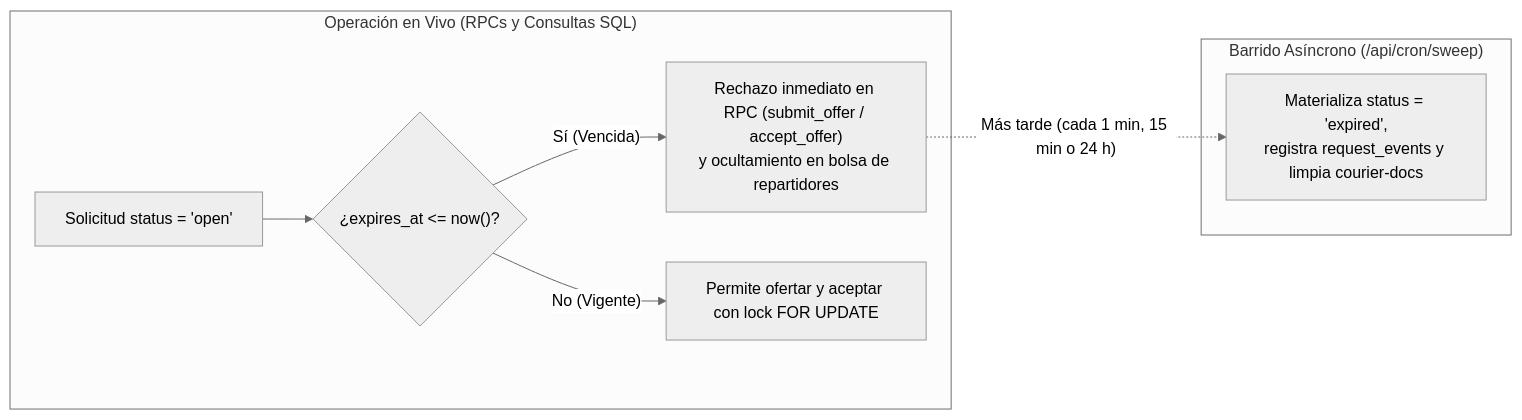
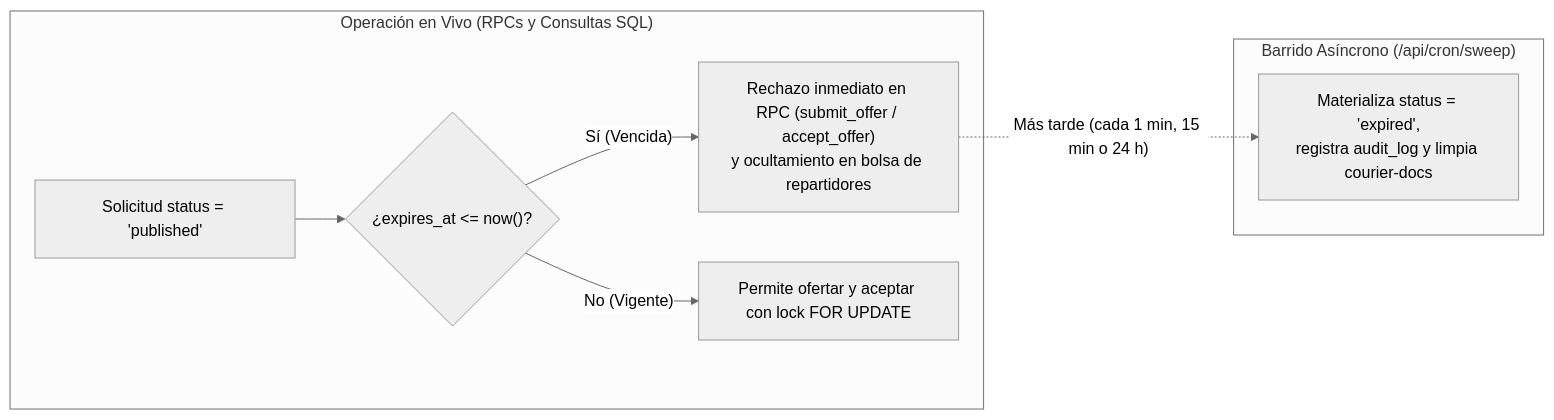
The diagram in docs/adr/ADR-0002-hosting-and-cron.md (cadeApp/cadeApp), drawn with Mermaid (neutral theme) before and after one commit. The commit also changed other lines of this file and 4 other files, not shown here.

Commit message:
docs(adr): resolve PR #57 Ronda 1 schema, RLS, backup and test findings [T-007]

````diff
--- a/docs/adr/ADR-0002-hosting-and-cron.md
+++ b/docs/adr/ADR-0002-hosting-and-cron.md
@@ -64,11 +73,11 @@
 ```mermaid
 flowchart LR
   subgraph Lectura y Escritura en Tiempo Real ["Operación en Vivo (RPCs y Consultas SQL)"]
-    A["Solicitud status = 'open'"] --> B{"¿expires_at <= now()?"}
+    A["Solicitud status = 'published'"] --> B{"¿expires_at <= now()?"}
     B -- "Sí (Vencida)" --> C["Rechazo inmediato en RPC (submit_offer / accept_offer)\ny ocultamiento en bolsa de repartidores"]
     B -- "No (Vigente)" --> D["Permite ofertar y aceptar con lock FOR UPDATE"]
   end
   subgraph Barrido Diferido ["Barrido Asíncrono (/api/cron/sweep)"]
-    C -. "Más tarde (cada 1 min, 15 min o 24 h)" .-> E["Materializa status = 'expired',\nregistra request_events y limpia courier-docs"]
+    C -. "Más tarde (cada 1 min, 15 min o 24 h)" .-> E["Materializa status = 'expired',\nregistra audit_log y limpia courier-docs"]
   end
 ```
````
